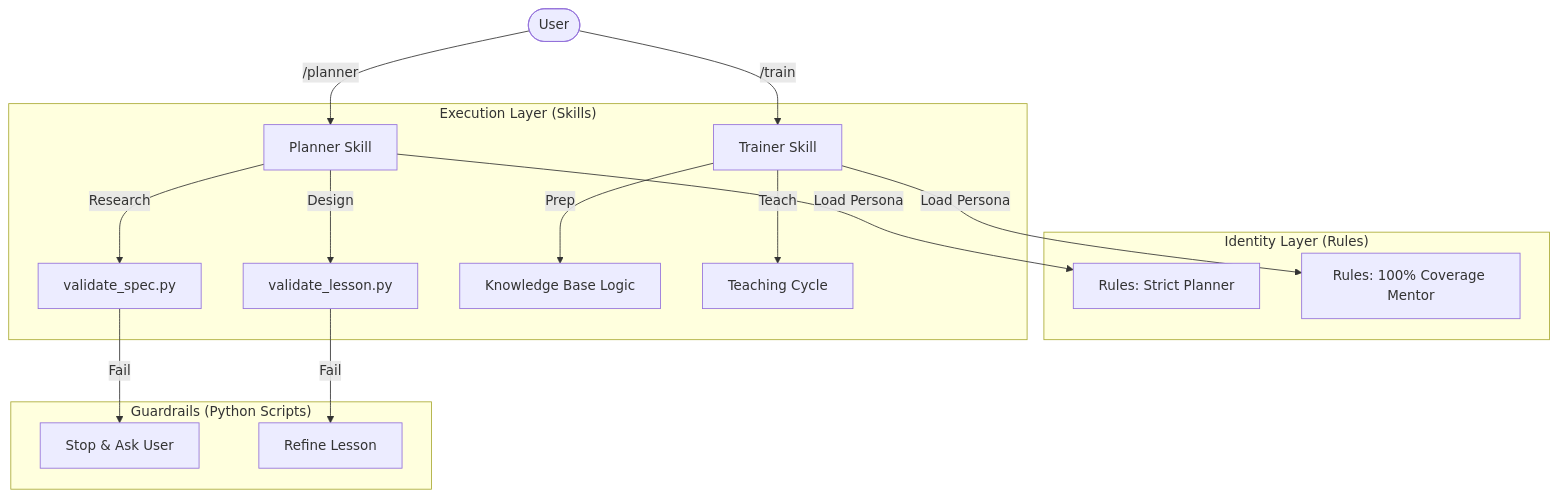
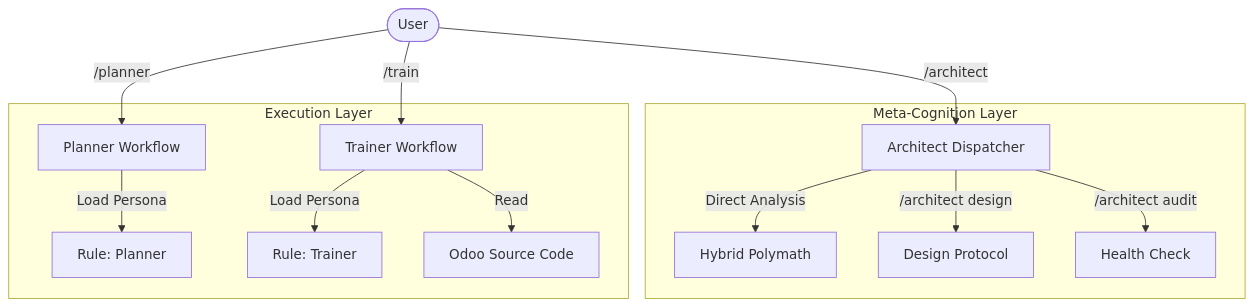
The diagram in README.md (nhpo1995/odoo-train), drawn with Mermaid before and after one commit. The commit also changed other lines of this file and 8 other files, not shown here.

````diff
--- a/README.md
+++ b/README.md
@@ -23,25 +24,18 @@
 ```mermaid
 graph TD
-    User([User]) -->|/planner| Planner[Planner Skill]
-    User -->|/train| Trainer[Trainer Skill]
+    User([User]) -->|/architect| Arch[Architect Dispatcher]
+    User -->|/planner| Planner[Planner Workflow]
+    User -->|/train| Trainer[Trainer Workflow]
 
-    subgraph "Identity Layer (Rules)"
-        R1[Rules: Strict Planner]
-        R2[Rules: 100% Coverage Mentor]
+    subgraph "Meta-Cognition Layer"
+        Arch -->|Direct Analysis| Self[Hybrid Polymath]
+        Arch -->|/architect design| Design[Design Protocol]
+        Arch -->|/architect audit| Audit[Health Check]
     end
 
-    subgraph "Execution Layer (Skills)"
-        Planner -->|Load Persona| R1
-        Planner -->|Research| S1[validate_spec.py]
-        Planner -->|Design| S2[validate_lesson.py]
-        
-        Trainer -->|Load Persona| R2
-        Trainer -->|Prep| KB[Knowledge Base Logic]
-        Trainer -->|Teach| Cycle[Teaching Cycle]
-    end
-
-    subgraph "Guardrails (Python Scripts)"
-        S1 -->|Fail| Alert[Stop & Ask User]
-        S2 -->|Fail| Retry[Refine Lesson]
+    subgraph "Execution Layer"
+        Planner -->|Load Persona| R1[Rule: Planner]
+        Trainer -->|Load Persona| R2[Rule: Trainer]
+        Trainer -->|Read| Src[Odoo Source Code]
     end
 ```
````
